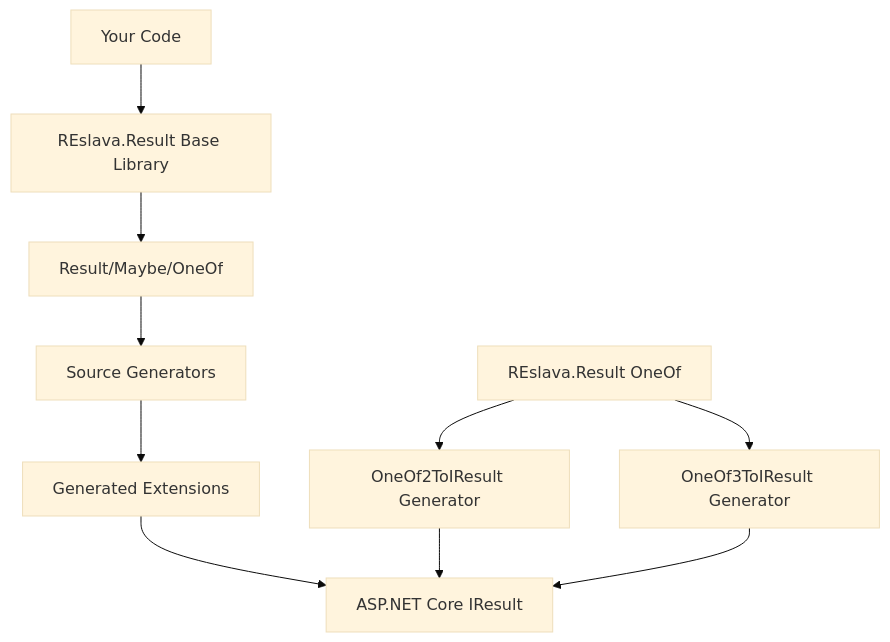
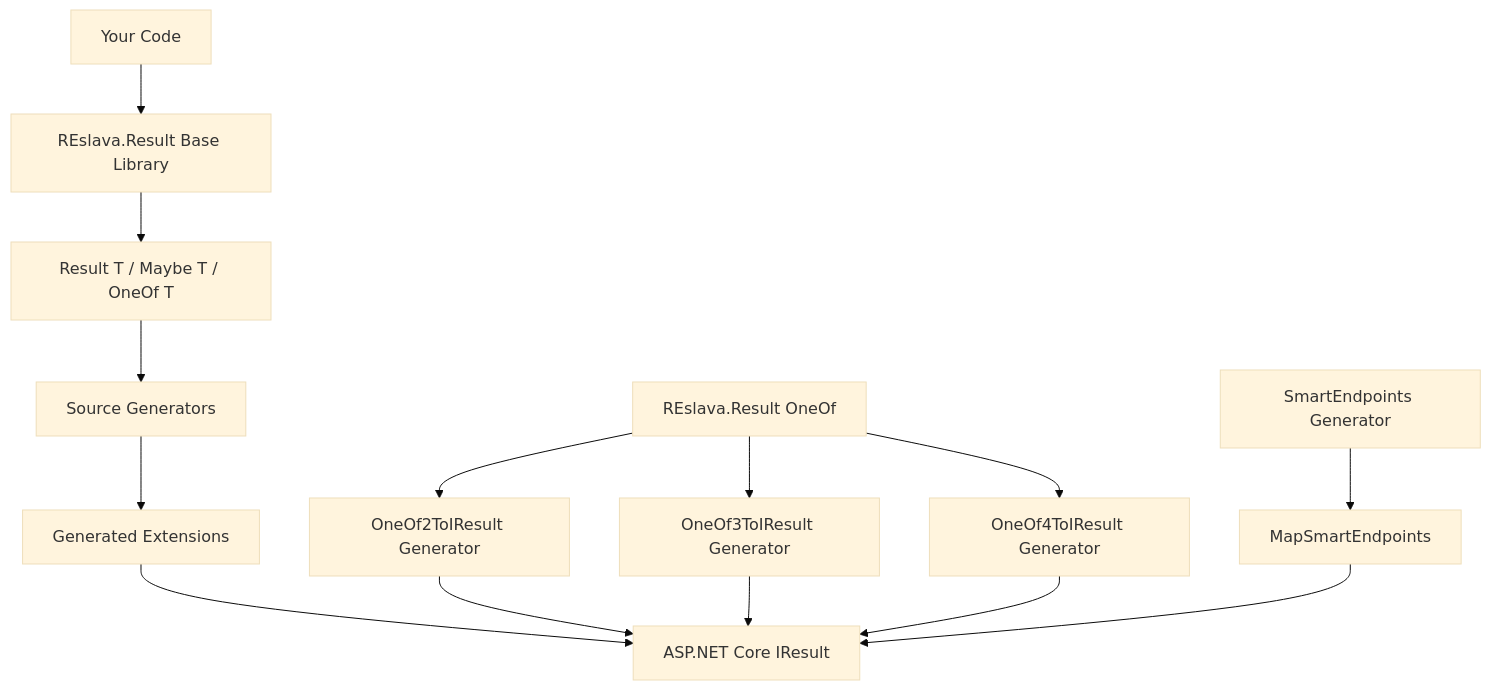
Before and after one commit to reslava/nuget-package-reslava-result: the diagram in README.md, drawn with Mermaid (base theme). The commit also changed other lines of this file and 10 other files, not shown here.

First line of the commit message:
feat: SmartEndpoints showcase + documentation overhaul

````diff
--- a/README.md
+++ b/README.md
@@ -760,13 +782,18 @@
 ```mermaid
 graph TB
     A[Your Code] --> B[REslava.Result Base Library]
-    B --> C[Result<T>/Maybe<T>/OneOf<T>]
+    B --> C[Result T / Maybe T / OneOf T]
     C --> D[Source Generators]
     D --> E[Generated Extensions]
     E --> F[ASP.NET Core IResult]
-    
+
     G[REslava.Result OneOf] --> H[OneOf2ToIResult Generator]
     G --> I[OneOf3ToIResult Generator]
+    G --> J[OneOf4ToIResult Generator]
     H --> F
     I --> F
+    J --> F
+
+    K[SmartEndpoints Generator] --> L[MapSmartEndpoints]
+    L --> F
 ```
````
